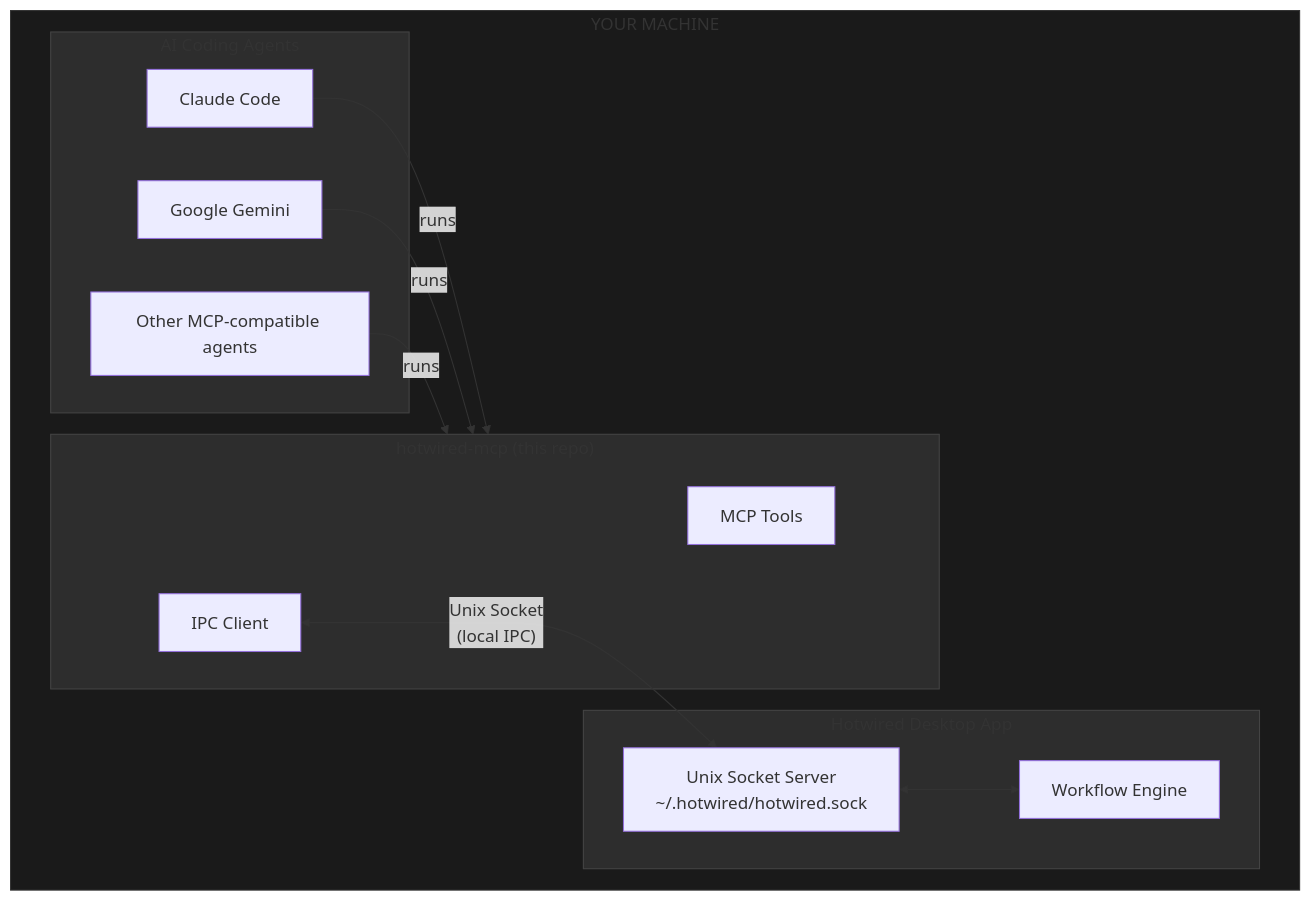
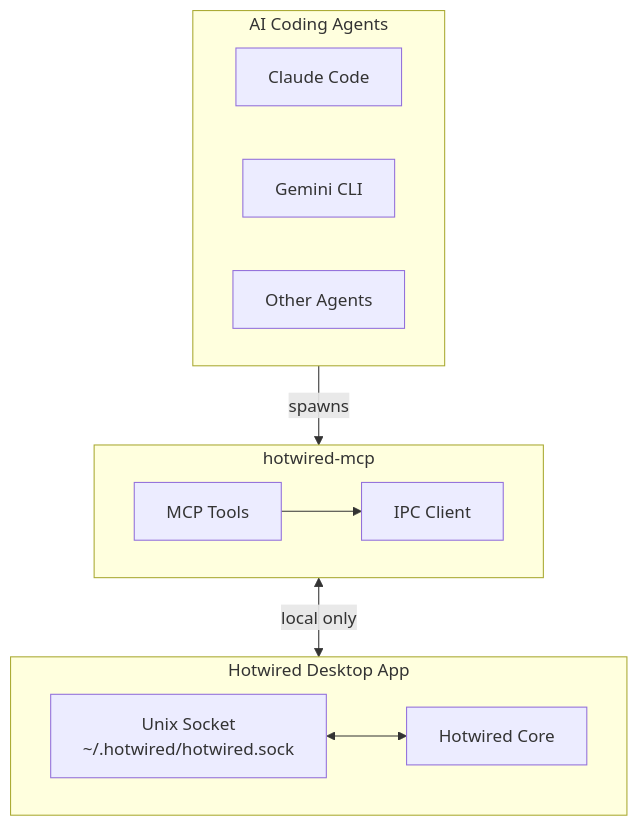
Before and after one commit to hotwired-sh/hotwired-mcp: the diagram in README.md, drawn with Mermaid. The commit also changed other lines of this file and 1 other file, not shown here.

Commit message:
fix: Touches up docs

````diff
--- a/README.md
+++ b/README.md
@@ -18,32 +20,22 @@
 ```mermaid
 flowchart TB
-    subgraph local["YOUR MACHINE"]
-        subgraph desktop["Hotwired Desktop App"]
-            core["Workflow Engine"]
-            socket["Unix Socket Server<br/>~/.hotwired/hotwired.sock"]
-        end
-
-        subgraph agents["AI Coding Agents"]
-            claude["Claude Code"]
-            gemini["Google Gemini"]
-            other["Other MCP-compatible agents"]
-        end
-
-        subgraph mcp["hotwired-mcp (this repo)"]
-            tools["MCP Tools"]
-            ipc["IPC Client"]
-        end
-
-        claude -->|"runs"| mcp
-        gemini -->|"runs"| mcp
-        other -->|"runs"| mcp
-
-        ipc <-->|"Unix Socket<br/>(local IPC)"| socket
-        socket <--> core
+    subgraph agents["AI Coding Agents"]
+        direction LR
+        claude["Claude Code"]
+        gemini["Gemini CLI"]
+        other["Other Agents"]
     end
 
-    style local fill:#1a1a1a,stroke:#333
-    style desktop fill:#2d2d2d,stroke:#444
-    style agents fill:#2d2d2d,stroke:#444
-    style mcp fill:#2d2d2d,stroke:#444
+    subgraph mcp["hotwired-mcp"]
+        direction LR
+        tools["MCP Tools"] --> ipc["IPC Client"]
+    end
+
+    subgraph desktop["Hotwired Desktop App"]
+        direction LR
+        socket["Unix Socket<br/>~/.hotwired/hotwired.sock"] <--> core["Hotwired Core"]
+    end
+
+    agents -->|"spawns"| mcp
+    ipc <-->|"local only"| socket
 ```
````
